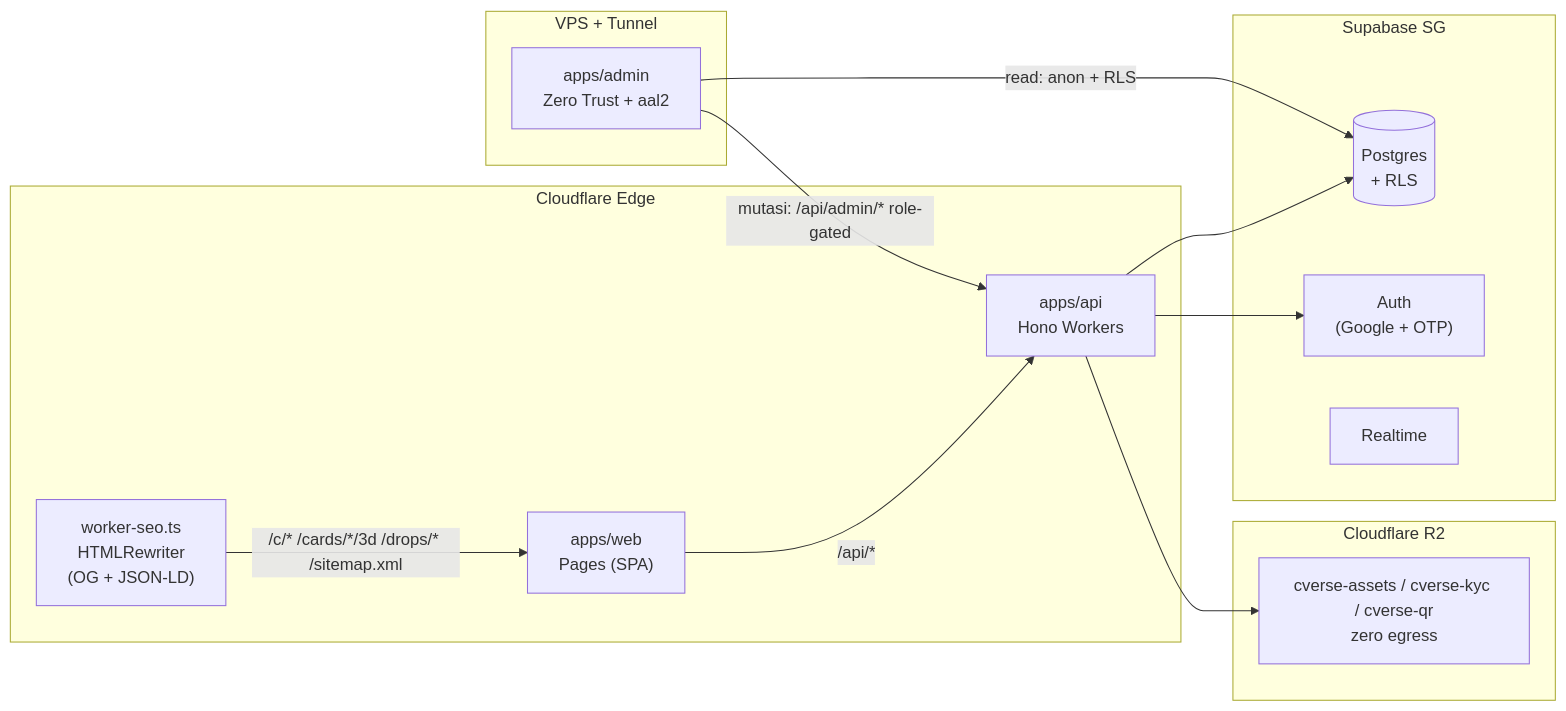
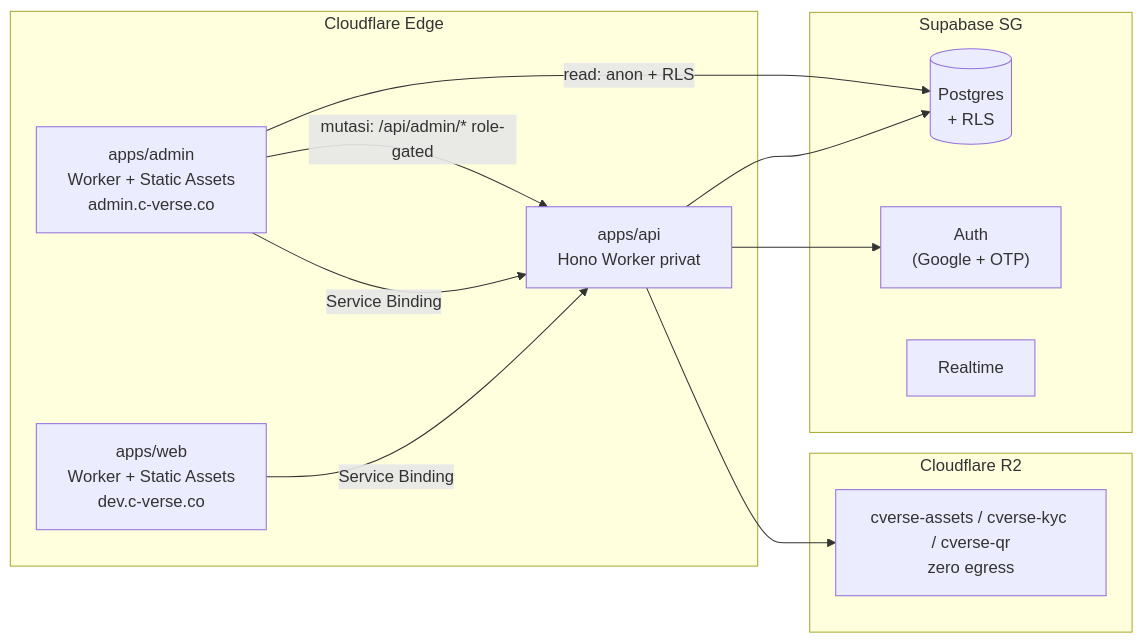
Before and after one commit to aikazu/c-verse-platform: the diagram in README.md, drawn with Mermaid. The commit also changed other lines of this file and 28 other files, not shown here.

````diff
--- a/README.md
+++ b/README.md
@@ -29,27 +29,23 @@
 ```mermaid
 flowchart LR
   subgraph Edge["Cloudflare Edge"]
-    Pages["apps/web<br/>Pages (SPA)"]
-    WorkerSEO["worker-seo.ts<br/>HTMLRewriter<br/>(OG + JSON-LD)"]
-    Api["apps/api<br/>Hono Workers"]
+    Web["apps/web<br/>Worker + Static Assets<br/>dev.c-verse.co"]
+    Admin["apps/admin<br/>Worker + Static Assets<br/>admin.c-verse.co"]
+    Api["apps/api<br/>Hono Worker privat"]
   end
   subgraph Data["Supabase SG"]
     DB[("Postgres<br/>+ RLS")]
     Auth["Auth<br/>(Google + OTP)"]
     RT["Realtime"]
   end
   subgraph StorageBox["Cloudflare R2"]
     R2["cverse-assets / cverse-kyc / cverse-qr<br/>zero egress"]
   end
-  subgraph Ops["VPS + Tunnel"]
-    Admin["apps/admin<br/>Zero Trust + aal2"]
-  end
-
-  WorkerSEO -->|/c/* /cards/*/3d /drops/* /sitemap.xml| Pages
+  Web -->|Service Binding| Api
+  Admin -->|Service Binding| Api
   Api --> DB
   Api --> Auth
   Api --> R2
   Admin -->|read: anon + RLS| DB
   Admin -->|mutasi: /api/admin/* role-gated| Api
-  Pages -->|/api/*| Api
 ```
````
